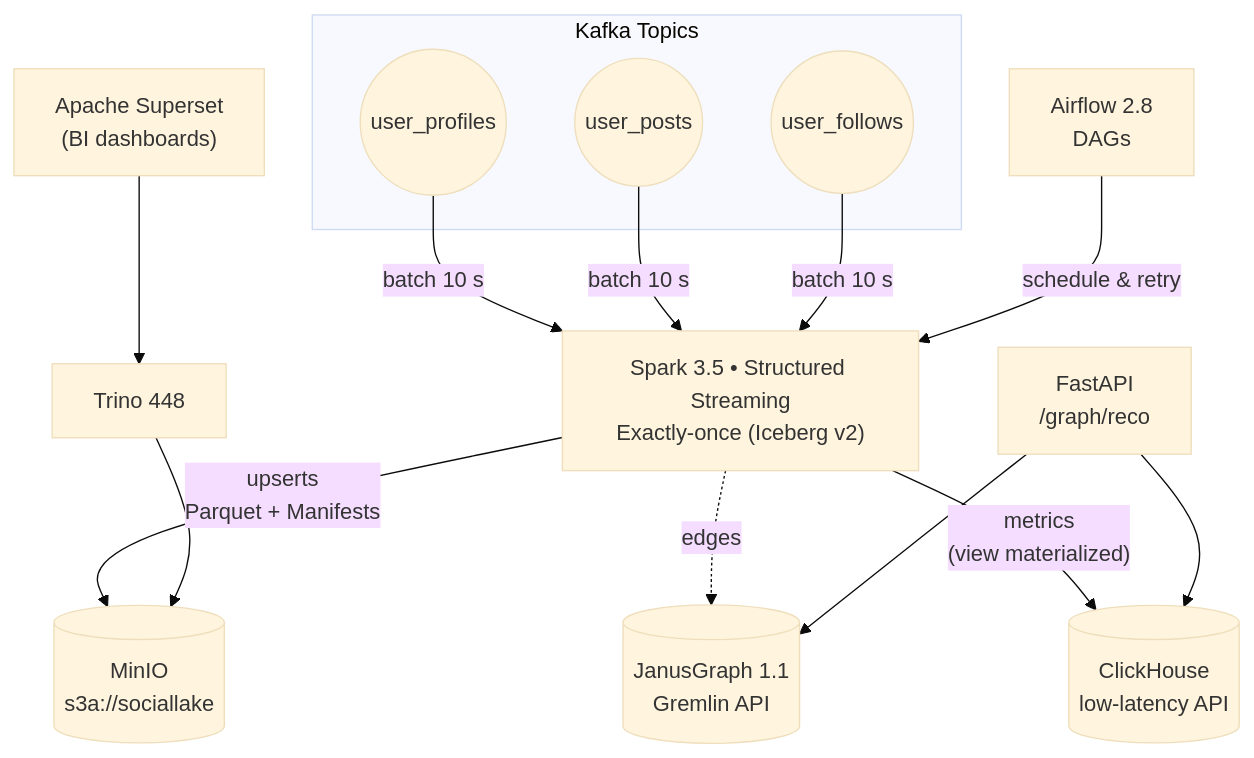
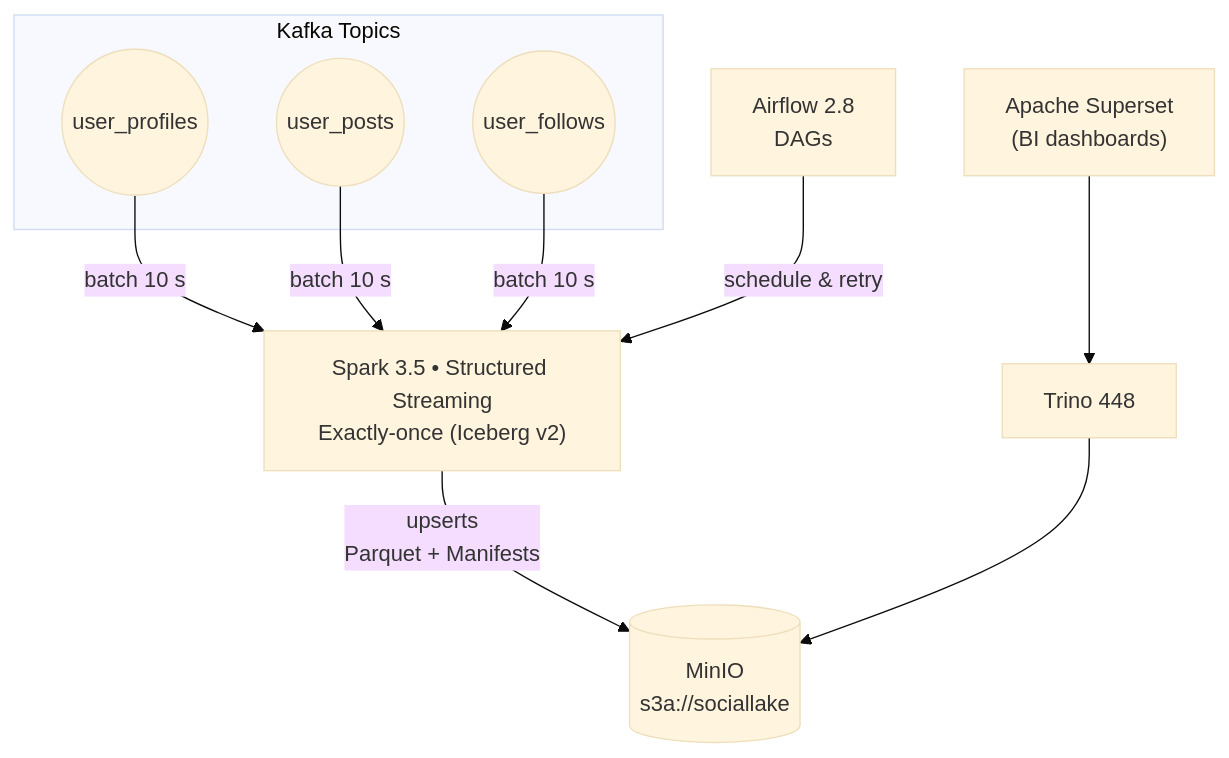
One commit to uzair14137/data_Analylitics_pipeline changed the diagram in README.md. Above: the diagram before and after it, drawn with Mermaid (base theme).

Commit message:
Update README.md flow daigram updated with most active work

````diff
--- a/README.md
+++ b/README.md
@@ -3,25 +3,24 @@
 ```mermaid
 flowchart TD
   %% ===========  Streaming Sources =============
   subgraph "Kafka Topics"
     profiles((user_profiles))
     posts((user_posts))
     follows((user_follows))
   end
 
   %% ===========  Core Pipeline =============
   SparkSS["Spark 3.5 • Structured Streaming\nExactly-once (Iceberg v2)"]
 
   profiles & posts & follows -->|batch 10 s| SparkSS
   SparkSS -->|"upserts\nParquet + Manifests"| MinIO[(MinIO\ns3a://sociallake)]
-  SparkSS -.->|edges| Janus[(JanusGraph 1.1\nGremlin API)]
-  SparkSS -->|"metrics\n(view materialized)"| ClickHouse[(ClickHouse\nlow-latency API)]
+
+
 
   Airflow["Airflow 2.8\nDAGs"] -->|schedule & retry| SparkSS
 
   %% ===========  Serving & BI =============
   Trino["Trino 448"] --> MinIO
   Superset["Apache Superset\n(BI dashboards)"] --> Trino
-  API["FastAPI\n/graph/reco"] --> Janus
-  API --> ClickHouse
+ 
 ```
````
